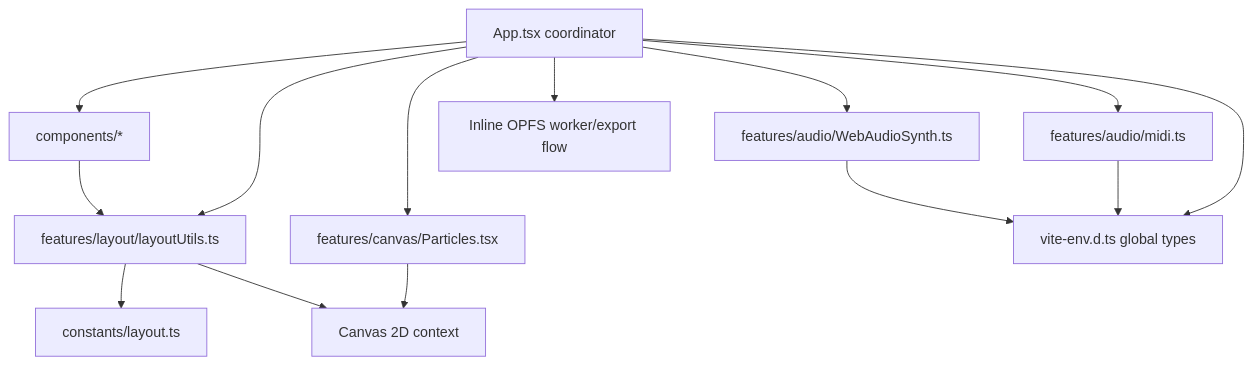
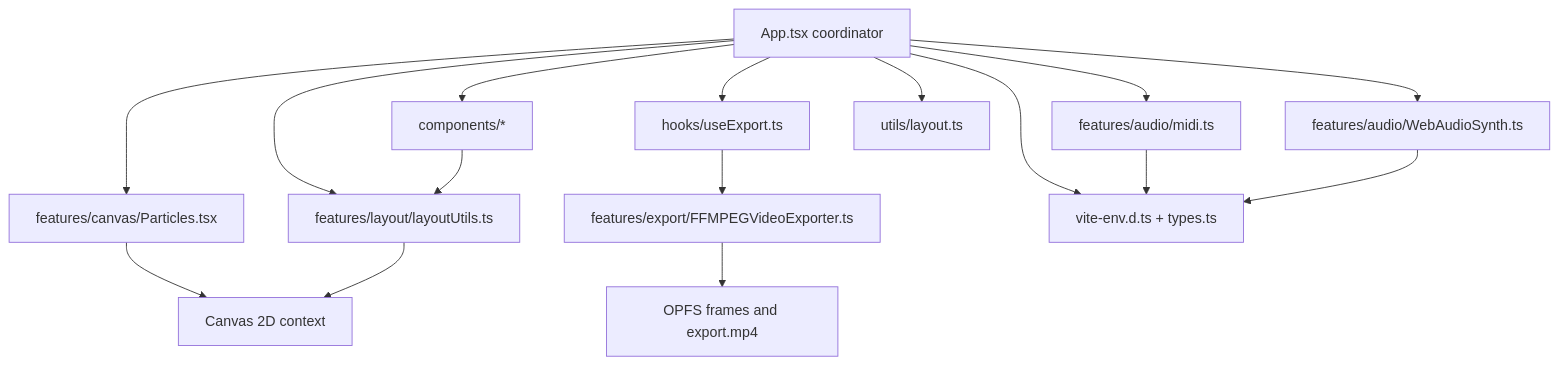
The first of 3 diagrams in AGENTS.md (aadilmallick/midivisualizer), drawn with Mermaid before and after one commit. The commit also changed other lines of this file and 1 other file, not shown here.

````diff
--- a/AGENTS.md
+++ b/AGENTS.md
@@ -68,16 +72,18 @@
 ```mermaid
 flowchart TD
     App[App.tsx coordinator] --> UI[components/*]
     App --> Synth[features/audio/WebAudioSynth.ts]
     App --> Parser[features/audio/midi.ts]
     App --> Particles[features/canvas/Particles.tsx]
     App --> Layout[features/layout/layoutUtils.ts]
-    Layout --> Constants[constants/layout.ts]
-    App --> Export[Inline OPFS worker/export flow]
-    App --> Types[vite-env.d.ts global types]
+    App --> ExportHook[hooks/useExport.ts]
+    ExportHook --> FFMPEG[features/export/FFMPEGVideoExporter.ts]
+    App --> Constants[utils/layout.ts]
+    App --> Types[vite-env.d.ts + types.ts]
     UI --> Layout
     Parser --> Types
     Synth --> Types
     Particles --> Canvas[Canvas 2D context]
     Layout --> Canvas
+    FFMPEG --> OPFS[OPFS frames and export.mp4]
 ```
````
